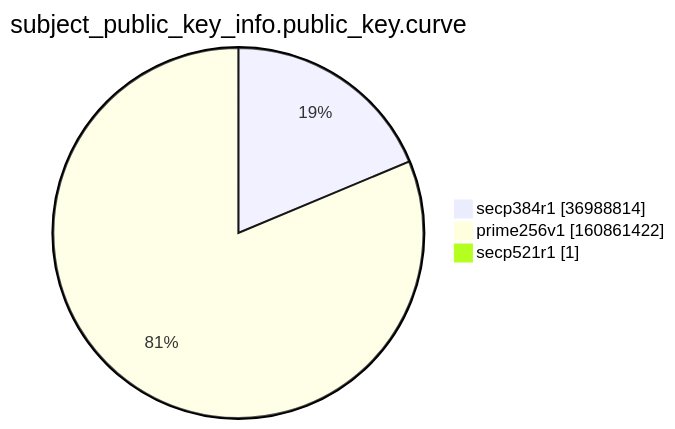
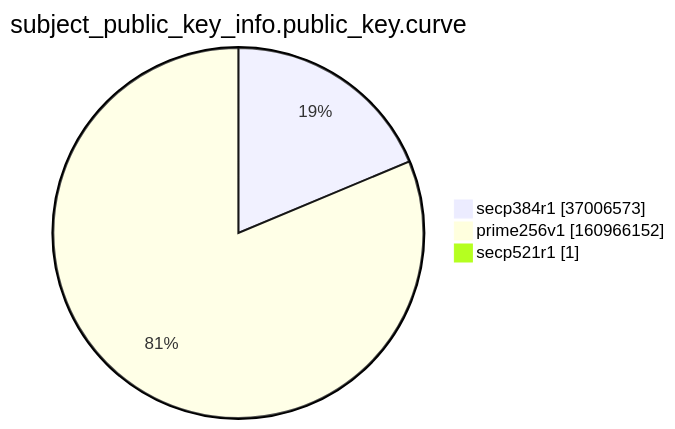
The ninth of 15 diagrams in argon2022/README.md (christiankrug/ctmonitor_visualization), drawn with Mermaid before and after one commit. The commit also changed other lines of this file, not shown here.

````diff
--- a/argon2022/README.md
+++ b/argon2022/README.md
@@ -2766,7 +2766,7 @@
 ```mermaid
 pie showData
 title subject_public_key_info.public_key.curve
-"secp384r1" :36988814
-"prime256v1" :160861422
+"secp384r1" :37006573
+"prime256v1" :160966152
 "secp521r1" :1
 ```
````
